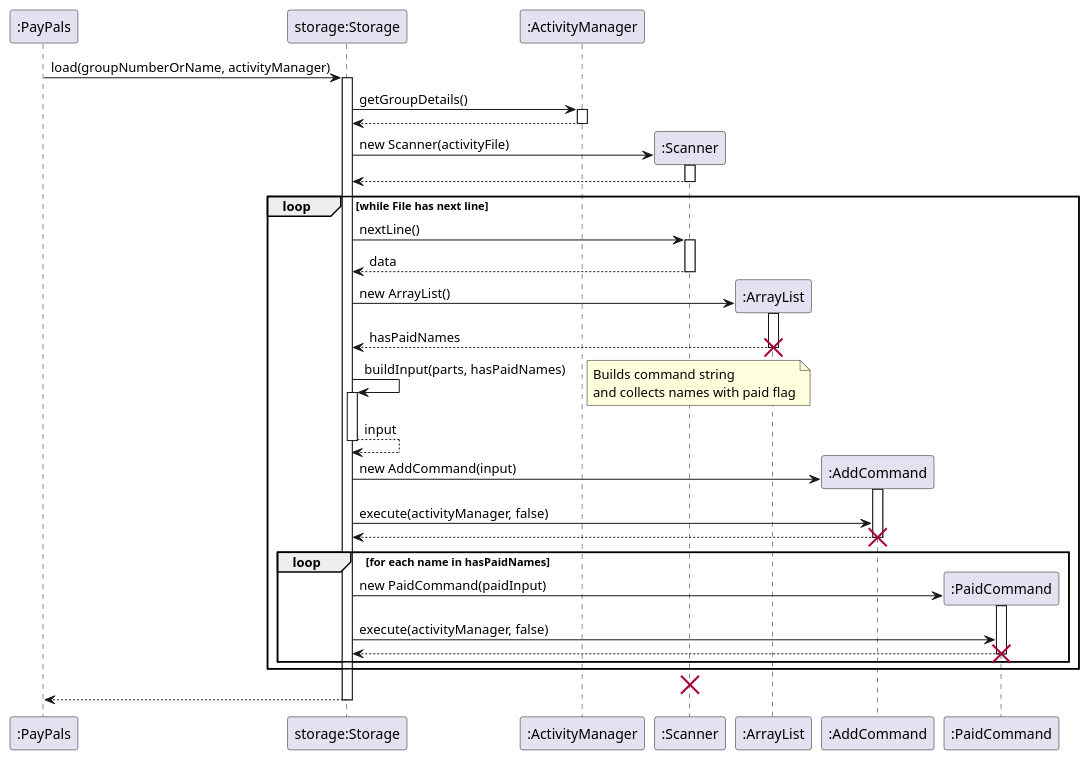
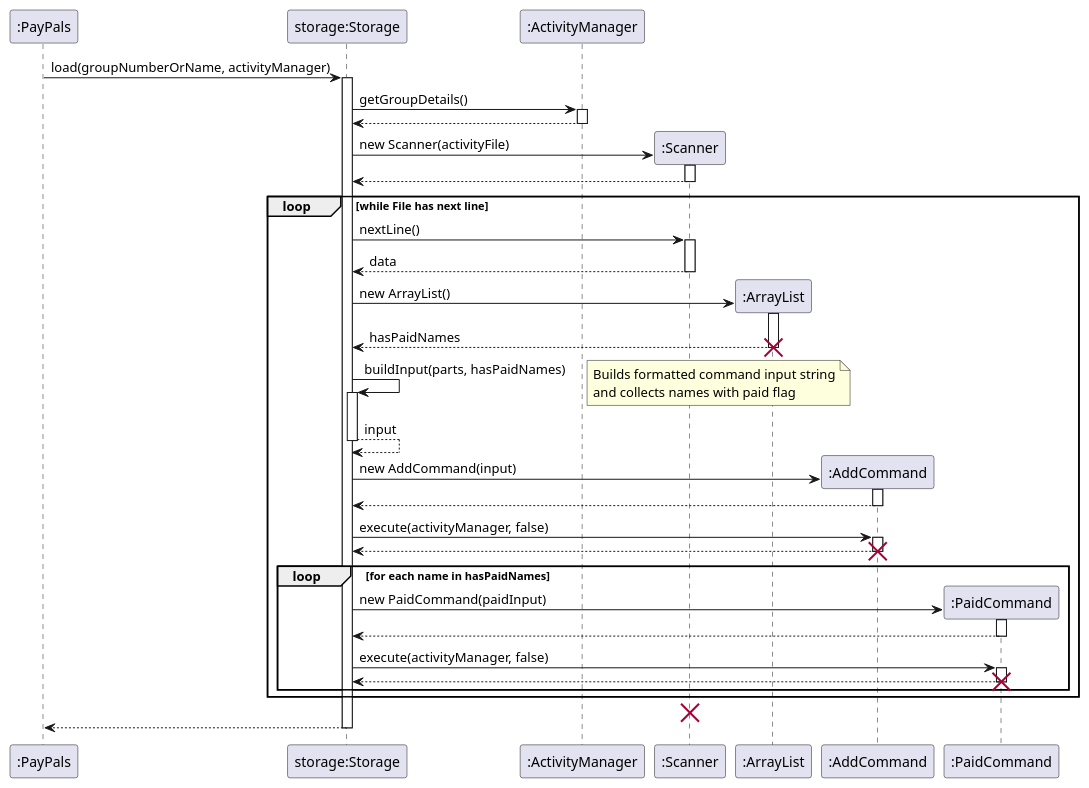
One commit to jing-yen/tp changed the diagram in docs/diagrams/StorageLoad.puml. Above: the diagram before and after it, drawn with PlantUML. The commit also changed 5 other files, not shown here.

Commit message:
Update diagrams in DG

```diff
--- a/docs/diagrams/StorageLoad.puml
+++ b/docs/diagrams/StorageLoad.puml
@@ -1,54 +1,64 @@
 @startuml
 
 participant ":PayPals" as PP
 participant "storage:Storage" as S
 participant ":ActivityManager" as AM
 participant ":Scanner" as Sc
 participant ":ArrayList" as AL
 participant ":AddCommand" as AC
 participant ":PaidCommand" as PC
 
 PP -> S: load(groupNumberOrName, activityManager)
 activate S
 S -> AM: getGroupDetails()
 activate AM
 return
 S -> Sc **: new Scanner(activityFile)
 activate Sc
 return
 
 loop while File has next line
 
     S -> Sc: nextLine()
     activate Sc
     return data
 
     S -> AL ** : new ArrayList()
     activate AL
     return hasPaidNames
     destroy AL
 
     S -> S: buildInput(parts, hasPaidNames)
     activate S
-    note right: Builds command string\nand collects names with paid flag
+    note right: Builds formatted command input string\nand collects names with paid flag
     return input
 
     S -> AC ** : new AddCommand(input)
     activate AC
+    AC --> S
+    deactivate AC
+
     S -> AC: execute(activityManager, false)
-    return
+    activate AC
+    AC --> S
+    deactivate AC
+
     destroy AC
 
     loop for each name in hasPaidNames
         S -> PC **: new PaidCommand(paidInput)
         activate PC
+        PC --> S
+        deactivate PC
         S -> PC: execute(activityManager, false)
-        return
+        activate PC
+        PC --> S
+        deactivate PC
         destroy PC
     end
 end
 
 destroy Sc
 return
 
 @enduml
```
